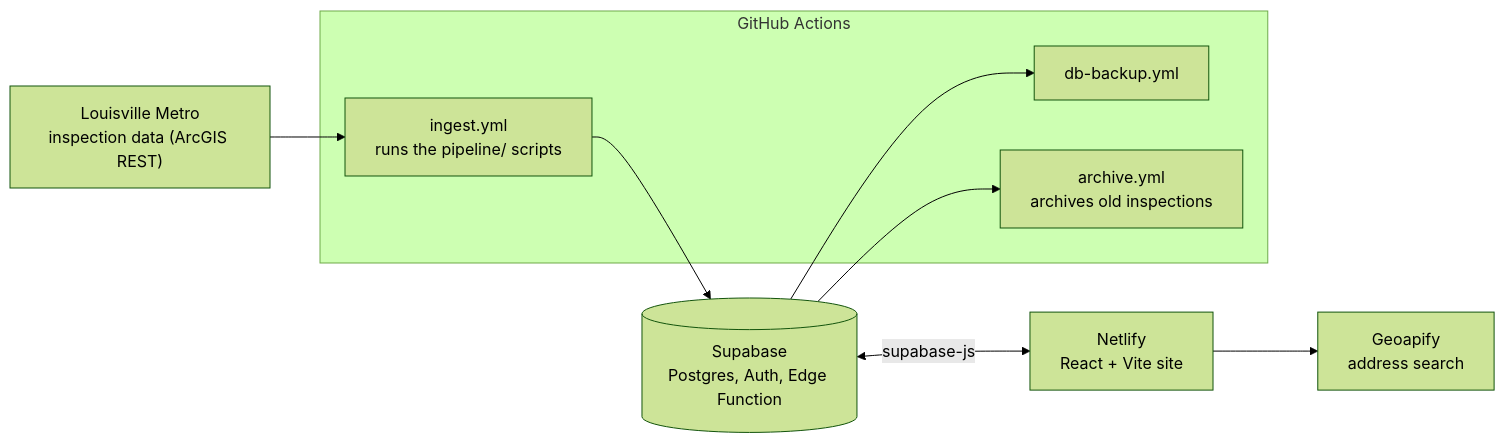
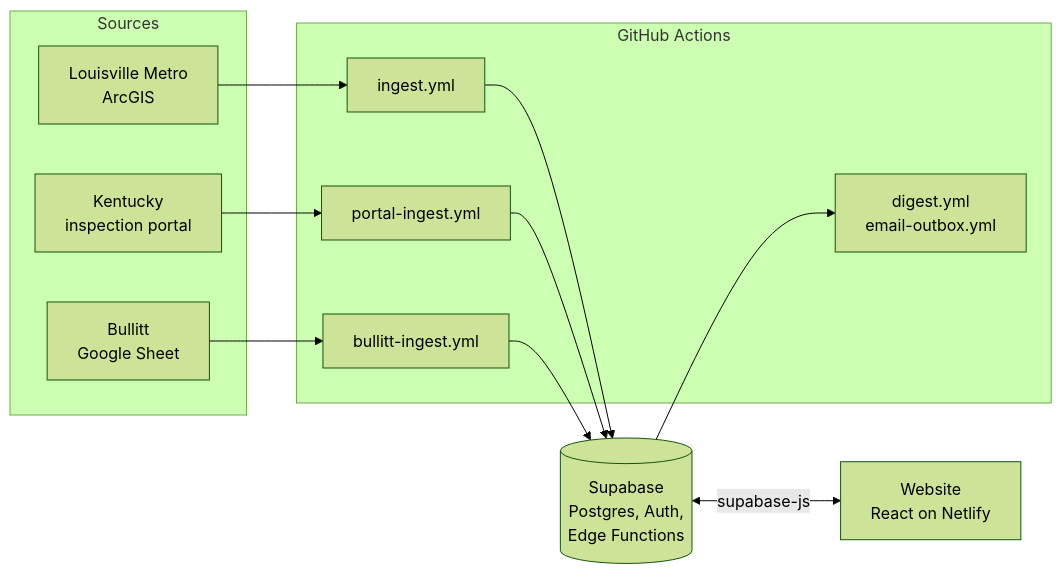
Before and after one commit to AndyGutterman/Louisville-Health-Inspection-Map: the first of 3 diagrams in docs/ARCHITECTURE.md, drawn with Mermaid (forest theme). The commit also changed other lines of this file and 1 other file, not shown here.

````diff
--- a/docs/ARCHITECTURE.md
+++ b/docs/ARCHITECTURE.md
@@ -7,20 +7,24 @@
 ```mermaid
 flowchart LR
-  src["Louisville Metro<br/>inspection data (ArcGIS REST)"]
-
-  subgraph actions["GitHub Actions"]
-    ingest["ingest.yml<br/>runs the pipeline/ scripts"]
-    backup["db-backup.yml"]
-    archive["archive.yml<br/>archives old inspections"]
+  subgraph sources["Sources"]
+    arcgis["Louisville Metro<br/>ArcGIS"]
+    portal["Kentucky<br/>inspection portal"]
+    sheet["Bullitt<br/>Google Sheet"]
   end
 
-  db[("Supabase<br/>Postgres, Auth, Edge Function")]
-  site["Netlify<br/>React + Vite site"]
-  geo["Geoapify<br/>address search"]
+  subgraph jobs["GitHub Actions"]
+    ingest["ingest.yml"]
+    portaljob["portal-ingest.yml"]
+    bullittjob["bullitt-ingest.yml"]
+    emails["digest.yml<br/>email-outbox.yml"]
+  end
 
-  src --> ingest --> db
-  db --> backup
-  db --> archive
+  db[("Supabase<br/>Postgres, Auth,<br/>Edge Functions")]
+  site["Website<br/>React on Netlify"]
+
+  arcgis --> ingest --> db
+  portal --> portaljob --> db
+  sheet --> bullittjob --> db
+  db --> emails
   db <-->|supabase-js| site
-  site --> geo
 ```
````
